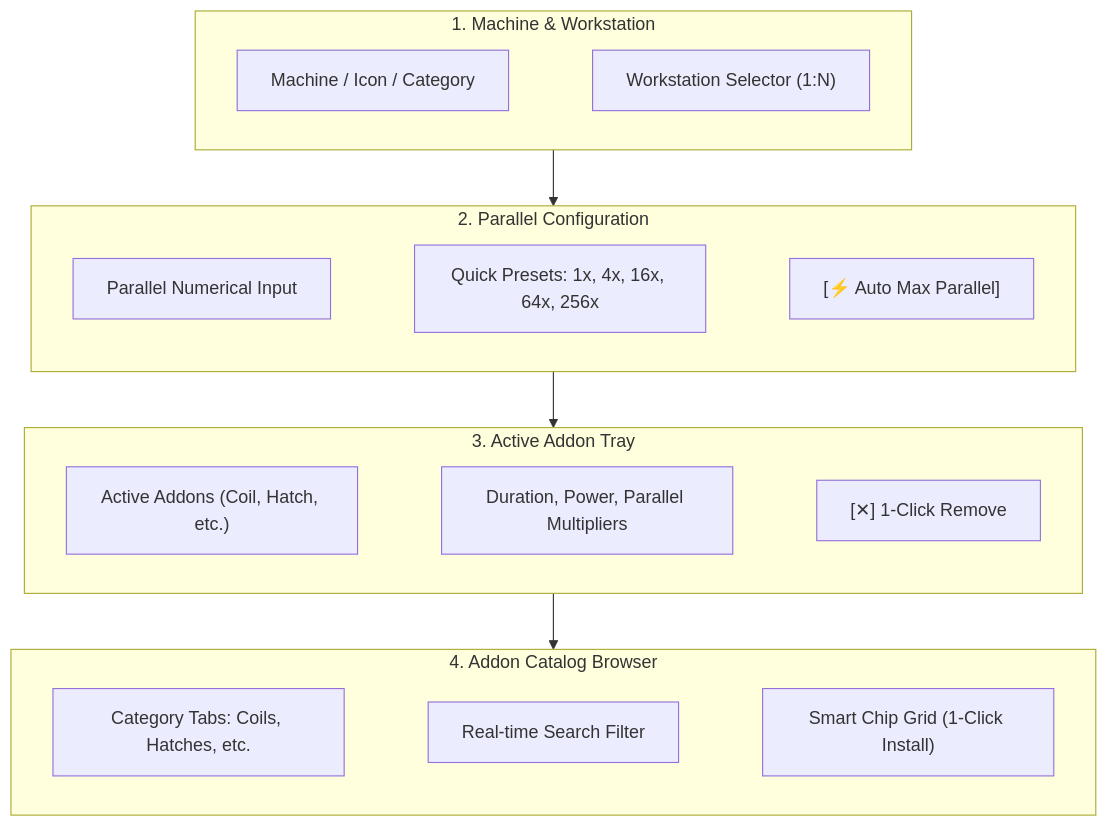
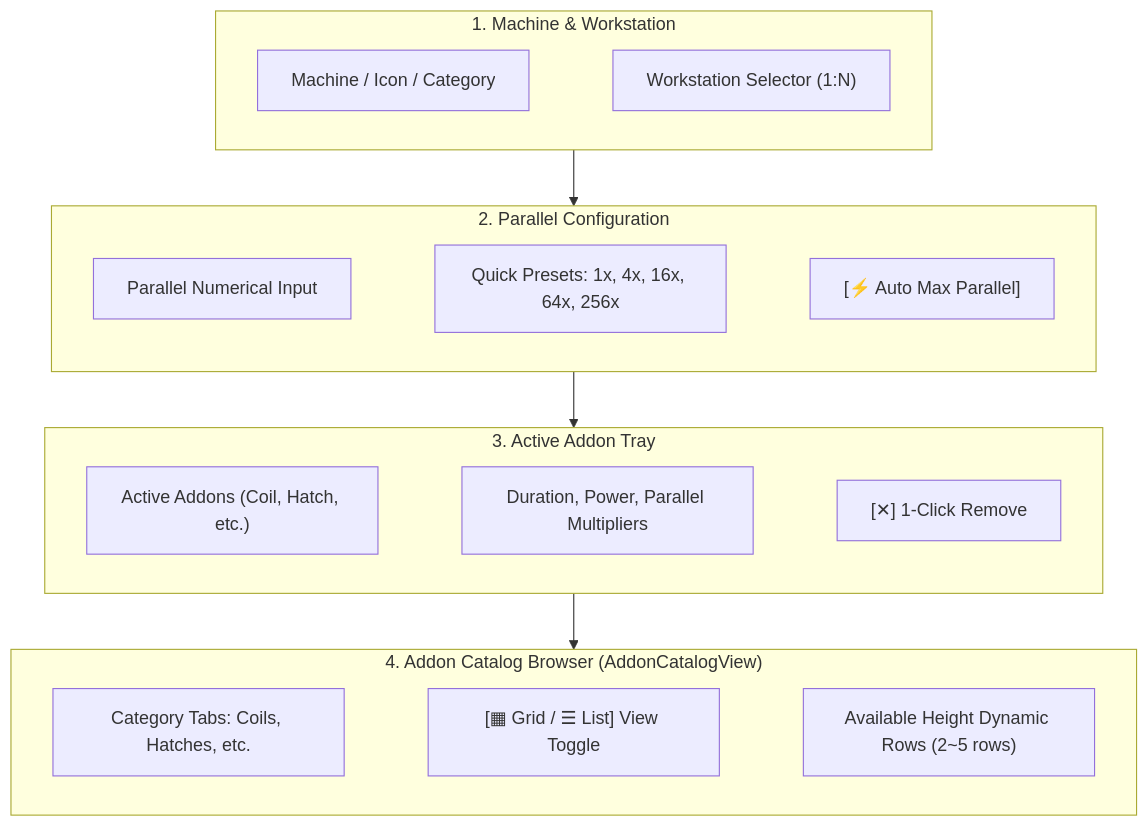
One commit to Amvermain/GregTechCalculatorBoard changed the diagram in docs/en_us/spec/03_02_MACHINE_CONFIG_AND_ADDONS.md. Above: the diagram before and after it, drawn with Mermaid. The commit also changed other lines of this file and 111 other files, not shown here.

````diff
--- a/docs/en_us/spec/03_02_MACHINE_CONFIG_AND_ADDONS.md
+++ b/docs/en_us/spec/03_02_MACHINE_CONFIG_AND_ADDONS.md
@@ -12,24 +12,24 @@
 ```mermaid
 flowchart TB
     subgraph Header["1. Machine & Workstation"]
         direction LR
         TITLE["Machine / Icon / Category"] ~~~ WS_SELECT["Workstation Selector (1:N)"]
     end
 
     subgraph Section1["2. Parallel Configuration"]
         direction LR
         PAR_INPUT["Parallel Numerical Input"] ~~~ PRESETS["Quick Presets: 1x, 4x, 16x, 64x, 256x"] ~~~ AUTO_MAX["[⚡ Auto Max Parallel]"]
     end
 
     subgraph Section2["3. Active Addon Tray"]
         direction LR
         ACTIVE_LIST["Active Addons (Coil, Hatch, etc.)"] ~~~ STATS_BADGE["Duration, Power, Parallel Multipliers"] ~~~ DEL_BTN["[✕] 1-Click Remove"]
     end
 
-    subgraph Section3["4. Addon Catalog Browser"]
+    subgraph Section3["4. Addon Catalog Browser (AddonCatalogView)"]
         direction LR
-        TABS["Category Tabs: Coils, Hatches, etc."] ~~~ SEARCH["Real-time Search Filter"] ~~~ CHIP_GRID["Smart Chip Grid (1-Click Install)"]
+        TABS["Category Tabs: Coils, Hatches, etc."] ~~~ VIEW_MODE["[▦ Grid / ☰ List] View Toggle"] ~~~ DYNAMIC_ROWS["Available Height Dynamic Rows (2~5 rows)"]
     end
 
     Header --> Section1 --> Section2 --> Section3
 ```
````
